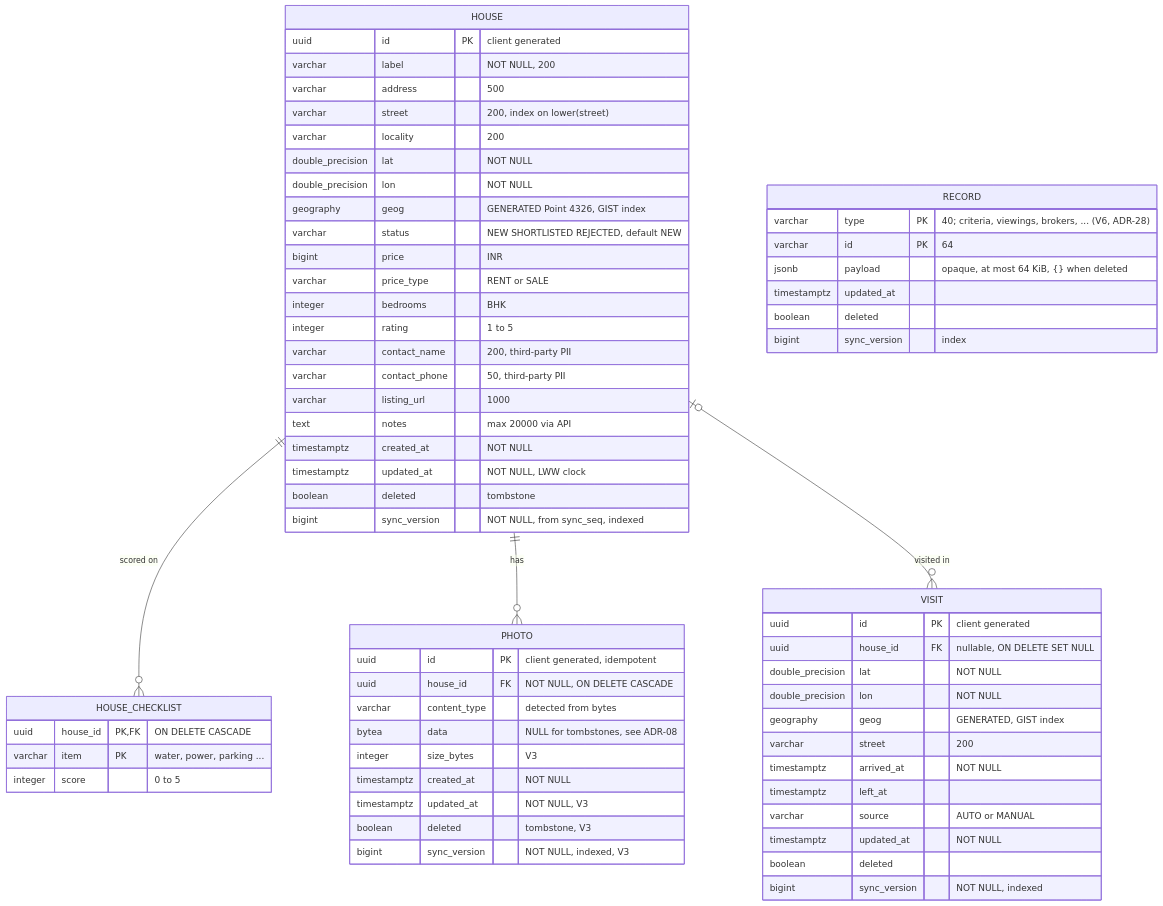
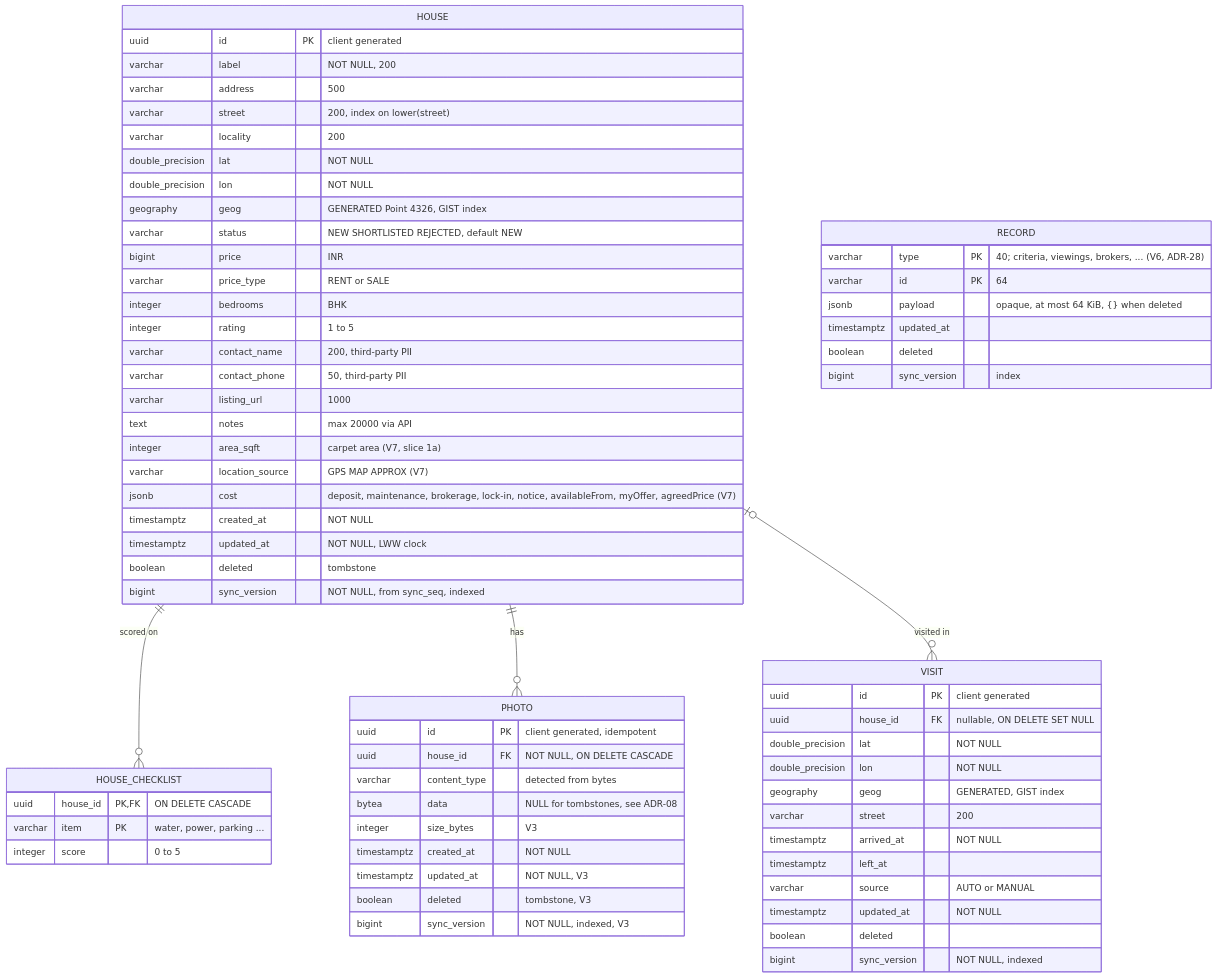
Before and after one commit to Sriram-Codes-SW/doorprints: the seventh of 17 diagrams in docs/03-design.md, drawn with Mermaid. The commit also changed other lines of this file and 139 other files, not shown here.

First line of the commit message:
feat(data): the house's cost, carpet area and location source, slice 1a of the Sprint 4b data model (S4b-FR-7) (#73)

````diff
--- a/docs/03-design.md
+++ b/docs/03-design.md
@@ -421,67 +422,70 @@
 ```mermaid
 erDiagram
     HOUSE ||--o{ HOUSE_CHECKLIST : "scored on"
     HOUSE ||--o{ PHOTO : "has"
     HOUSE |o--o{ VISIT : "visited in"
     RECORD {
         varchar type PK "40; criteria, viewings, brokers, ... (V6, ADR-28)"
         varchar id PK "64"
         jsonb payload "opaque, at most 64 KiB, {} when deleted"
         timestamptz updated_at
         boolean deleted
         bigint sync_version "index"
     }
     HOUSE {
         uuid id PK "client generated"
         varchar label "NOT NULL, 200"
         varchar address "500"
         varchar street "200, index on lower(street)"
         varchar locality "200"
         double_precision lat "NOT NULL"
         double_precision lon "NOT NULL"
         geography geog "GENERATED Point 4326, GIST index"
         varchar status "NEW SHORTLISTED REJECTED, default NEW"
         bigint price "INR"
         varchar price_type "RENT or SALE"
         integer bedrooms "BHK"
         integer rating "1 to 5"
         varchar contact_name "200, third-party PII"
         varchar contact_phone "50, third-party PII"
         varchar listing_url "1000"
         text notes "max 20000 via API"
+        integer area_sqft "carpet area (V7, slice 1a)"
+        varchar location_source "GPS MAP APPROX (V7)"
+        jsonb cost "deposit, maintenance, brokerage, lock-in, notice, availableFrom, myOffer, agreedPrice (V7)"
         timestamptz created_at "NOT NULL"
         timestamptz updated_at "NOT NULL, LWW clock"
         boolean deleted "tombstone"
         bigint sync_version "NOT NULL, from sync_seq, indexed"
     }
     HOUSE_CHECKLIST {
         uuid house_id PK, FK "ON DELETE CASCADE"
         varchar item PK "water, power, parking ..."
         integer score "0 to 5"
     }
     VISIT {
         uuid id PK "client generated"
         uuid house_id FK "nullable, ON DELETE SET NULL"
         double_precision lat "NOT NULL"
         double_precision lon "NOT NULL"
         geography geog "GENERATED, GIST index"
         varchar street "200"
         timestamptz arrived_at "NOT NULL"
         timestamptz left_at
         varchar source "AUTO or MANUAL"
         timestamptz updated_at "NOT NULL"
         boolean deleted
         bigint sync_version "NOT NULL, indexed"
     }
     PHOTO {
         uuid id PK "client generated, idempotent"
         uuid house_id FK "NOT NULL, ON DELETE CASCADE"
         varchar content_type "detected from bytes"
         bytea data "NULL for tombstones, see ADR-08"
         integer size_bytes "V3"
         timestamptz created_at "NOT NULL"
         timestamptz updated_at "NOT NULL, V3"
         boolean deleted "tombstone, V3"
         bigint sync_version "NOT NULL, indexed, V3"
     }
 ```
````
